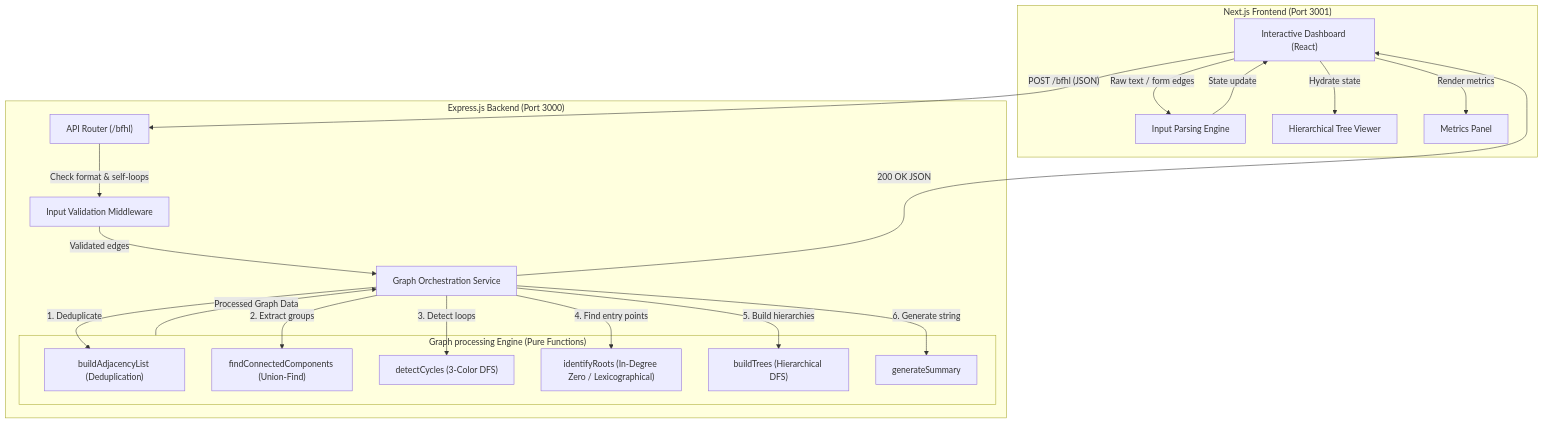
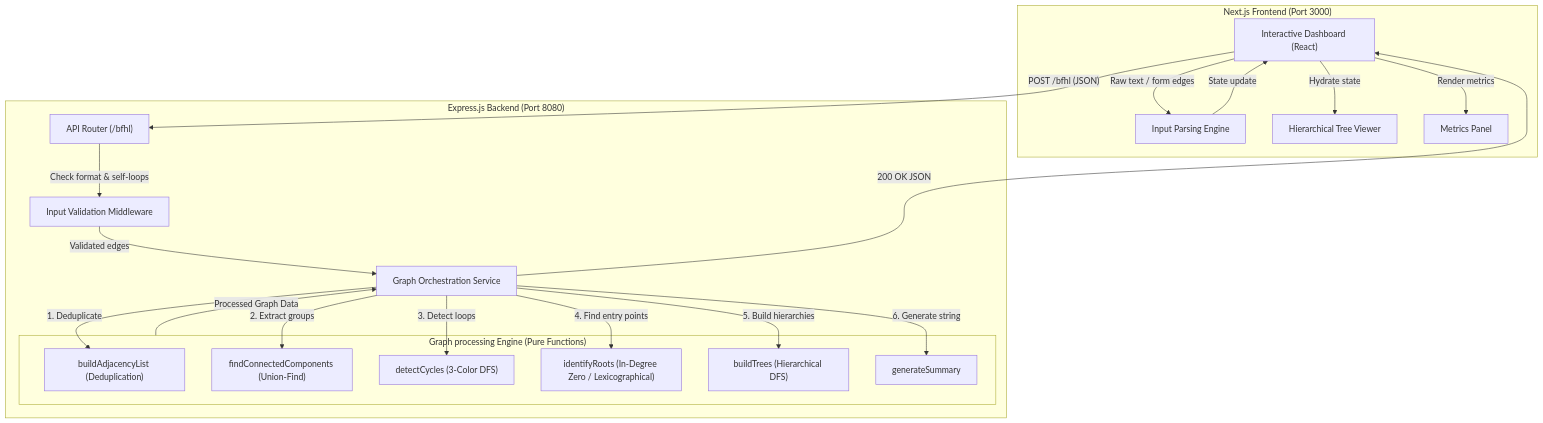
Before and after one commit to naman-kumar1212/namankumar-bfhl: the diagram in README.md, drawn with Mermaid. The commit also changed other lines of this file, not shown here.

Commit message:
docs: Update README with new port configuration, API response format, and frontend design details

````diff
--- a/README.md
+++ b/README.md
@@ -12,42 +12,42 @@
 ```mermaid
 flowchart TD
-    subgraph Client ["Next.js Frontend (Port 3001)"]
+    subgraph Client ["Next.js Frontend (Port 3000)"]
         UI["Interactive Dashboard (React)"]
         Parser["Input Parsing Engine"]
         TreeViz["Hierarchical Tree Viewer"]
         Stats["Metrics Panel"]
     end
     
-    subgraph Server ["Express.js Backend (Port 3000)"]
+    subgraph Server ["Express.js Backend (Port 8080)"]
         Router["API Router (/bfhl)"]
         Validator["Input Validation Middleware"]
         Service["Graph Orchestration Service"]
         
         subgraph Engine ["Graph processing Engine (Pure Functions)"]
             Adj["buildAdjacencyList (Deduplication)"]
             UF["findConnectedComponents (Union-Find)"]
             DFS_C["detectCycles (3-Color DFS)"]
             Root["identifyRoots (In-Degree Zero / Lexicographical)"]
             Tree["buildTrees (Hierarchical DFS)"]
             Summ["generateSummary"]
         end
     end
     
     UI -->|Raw text / form edges| Parser
     Parser -->|State update| UI
     UI -->|"POST /bfhl (JSON)"| Router
     Router -->|Check format & self-loops| Validator
     Validator -->|Validated edges| Service
     
     Service -->|1. Deduplicate| Adj
     Service -->|2. Extract groups| UF
     Service -->|3. Detect loops| DFS_C
     Service -->|4. Find entry points| Root
     Service -->|5. Build hierarchies| Tree
     Service -->|6. Generate string| Summ
     
     Engine -->|Processed Graph Data| Service
     Service -->|200 OK JSON| UI
     UI -->|Hydrate state| TreeViz
     UI -->|Render metrics| Stats
 ```
````
